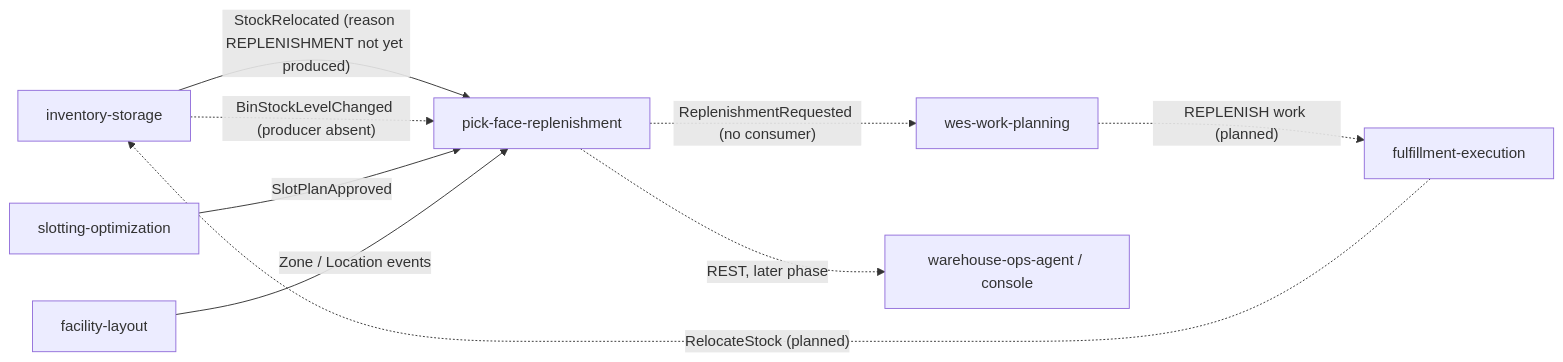
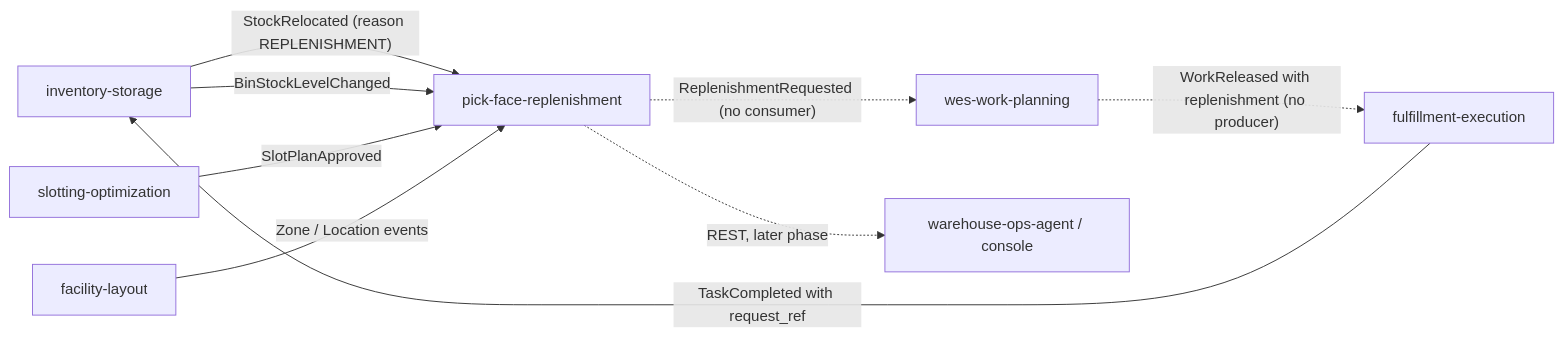
The diagram in docs/docs/ecosystem/integration.md (IQVO/pick-face-replenishment), drawn with Mermaid before and after one commit. The commit also changed other lines of this file, not shown here.

Commit message:
docs(ecosystem): integration page reflects built INV and FE edges, add status since the ADRs

````diff
--- a/docs/docs/ecosystem/integration.md
+++ b/docs/docs/ecosystem/integration.md
@@ -36,18 +39,18 @@
 ```mermaid
 flowchart LR
     INV["inventory-storage"]
     SLOT["slotting-optimization"]
     LAY["facility-layout"]
     PFR["pick-face-replenishment"]
     WP["wes-work-planning"]
     FE["fulfillment-execution"]
     OPS["warehouse-ops-agent / console"]
-    INV -->|"StockRelocated (reason REPLENISHMENT not yet produced)"| PFR
-    INV -.->|"BinStockLevelChanged (producer absent)"| PFR
+    INV -->|"StockRelocated (reason REPLENISHMENT)"| PFR
+    INV -->|BinStockLevelChanged| PFR
     SLOT -->|SlotPlanApproved| PFR
     LAY -->|"Zone / Location events"| PFR
     PFR -.->|"ReplenishmentRequested (no consumer)"| WP
-    WP -.->|"REPLENISH work (planned)"| FE
-    FE -.->|"RelocateStock (planned)"| INV
+    WP -.->|"WorkReleased with replenishment (no producer)"| FE
+    FE -->|"TaskCompleted with request_ref"| INV
     PFR -.->|REST, later phase| OPS
 ```
````
